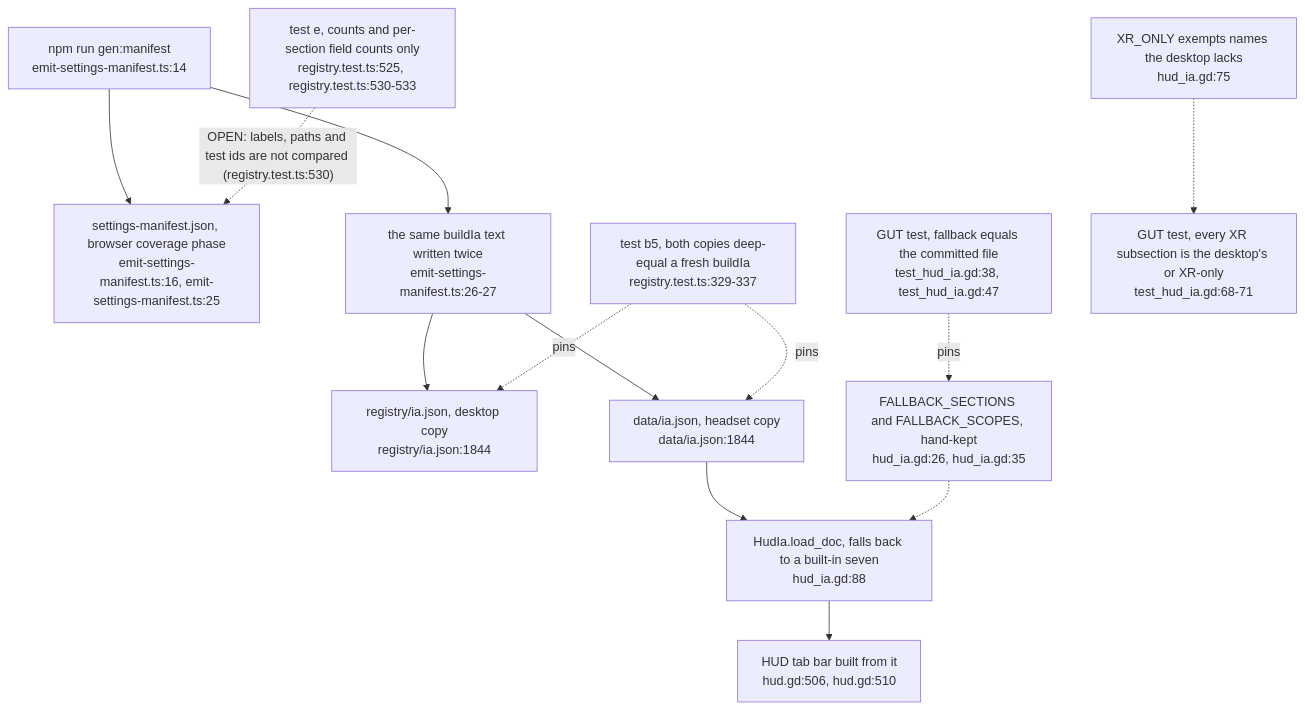
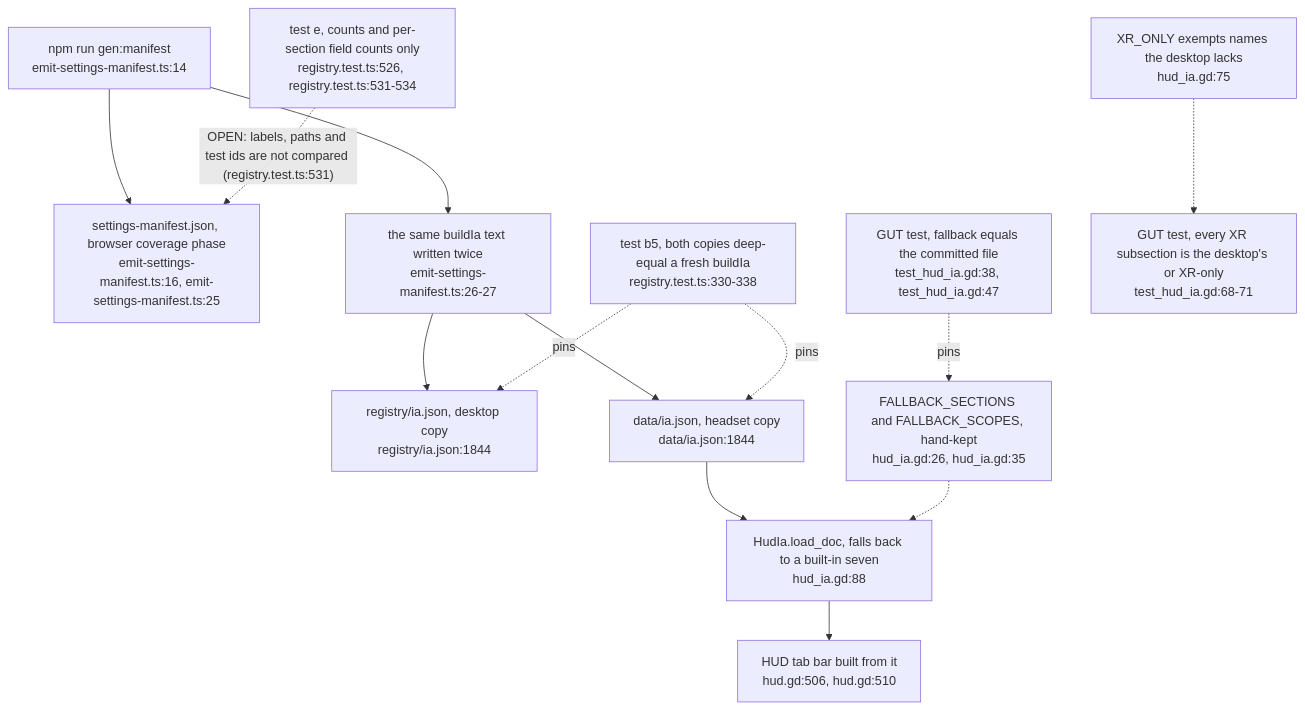
Before and after one commit to DreamLab-AI/VisionFlow: the third of 12 diagrams in docs/diagrams/visionclaw/57-control-centre-ia-and-drawer.md, drawn with Mermaid. The commit also changed other lines of this file and 49 other files, not shown here.

First line of the commit message:
docs(diagrams): re-derive and re-stamp VisionClaw, estate, knowledge-graph, visionGraph, VisionFlow and sidestr topics

````diff
--- a/docs/diagrams/visionclaw/57-control-centre-ia-and-drawer.md
+++ b/docs/diagrams/visionclaw/57-control-centre-ia-and-drawer.md
@@ -131,15 +131,15 @@
 ```mermaid
 flowchart TB
     EM["npm run gen:manifest<br/>emit-settings-manifest.ts:14"] --> MAN["settings-manifest.json, browser coverage phase<br/>emit-settings-manifest.ts:16, emit-settings-manifest.ts:25"]
     EM --> IAW["the same buildIa text written twice<br/>emit-settings-manifest.ts:26-27"]
     IAW --> C1["registry/ia.json, desktop copy<br/>registry/ia.json:1844"]
     IAW --> C2["data/ia.json, headset copy<br/>data/ia.json:1844"]
-    B5["test b5, both copies deep-equal a fresh buildIa<br/>registry.test.ts:329-337"] -.->|pins| C1
+    B5["test b5, both copies deep-equal a fresh buildIa<br/>registry.test.ts:330-338"] -.->|pins| C1
     B5 -.->|pins| C2
-    TE["test e, counts and per-section field counts only<br/>registry.test.ts:525, registry.test.ts:530-533"] -.->|"OPEN: labels, paths and test ids are not compared (registry.test.ts:530)"| MAN
+    TE["test e, counts and per-section field counts only<br/>registry.test.ts:526, registry.test.ts:531-534"] -.->|"OPEN: labels, paths and test ids are not compared (registry.test.ts:531)"| MAN
     C2 --> LD["HudIa.load_doc, falls back to a built-in seven<br/>hud_ia.gd:88"]
     LD --> HUD["HUD tab bar built from it<br/>hud.gd:506, hud.gd:510"]
     FB["FALLBACK_SECTIONS and FALLBACK_SCOPES, hand-kept<br/>hud_ia.gd:26, hud_ia.gd:35"] -.-> LD
     GUT["GUT test, fallback equals the committed file<br/>test_hud_ia.gd:38, test_hud_ia.gd:47"] -.->|pins| FB
     XO["XR_ONLY exempts names the desktop lacks<br/>hud_ia.gd:75"] -.-> GUT2["GUT test, every XR subsection is the desktop's or XR-only<br/>test_hud_ia.gd:68-71"]
 ```
````
